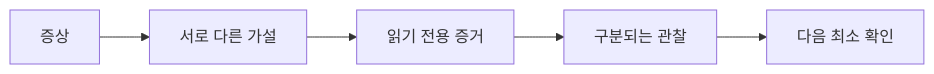
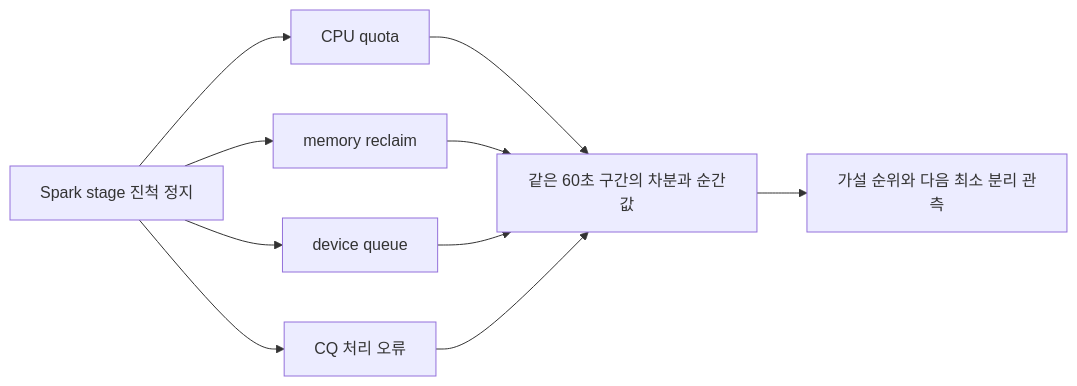
Before and after one commit to mj006648/netai-devsecops-runbook: the diagram in learning/ubuntu-linux-internals/14-troubleshooting-and-evidence.md, drawn with Mermaid. The commit also changed other lines of this file and 68 other files, not shown here.

````diff
--- a/learning/ubuntu-linux-internals/14-troubleshooting-and-evidence.md
+++ b/learning/ubuntu-linux-internals/14-troubleshooting-and-evidence.md
@@ -9,7 +21,12 @@
-```mermaid
+~~~mermaid
 flowchart LR
-    S["증상"] --> H["서로 다른 가설"]
-    H --> E["읽기 전용 증거"]
-    E --> D["구분되는 관찰"]
-    D --> N["다음 최소 확인"]
-```
+    S["Spark stage 진척 정지"] --> H1["CPU quota"]
+    S --> H2["memory reclaim"]
+    S --> H3["device queue"]
+    S --> H4["CQ 처리 오류"]
+    H1 --> E["같은 60초 구간의 차분과 순간값"]
+    H2 --> E
+    H3 --> E
+    H4 --> E
+    E --> N["가설 순위와 다음 최소 분리 관측"]
+~~~
````
